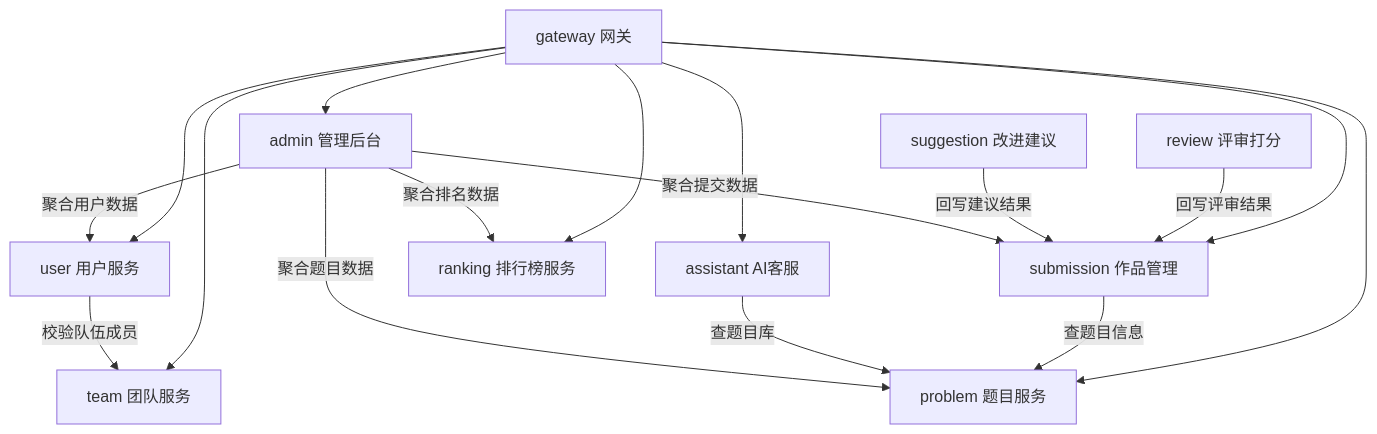
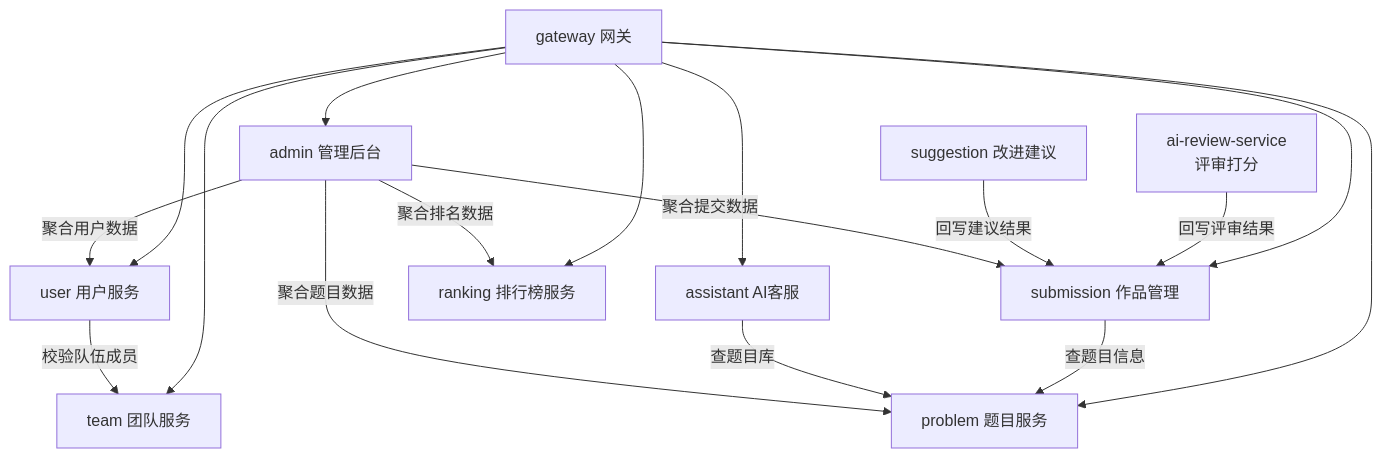
The first of 4 diagrams in docs/project/02-架构设计/微服务架构.md (Dorian7Alden/LeetModel), drawn with Mermaid before and after one commit. The commit also changed other lines of this file and 28 other files, not shown here.

````diff
--- a/docs/project/02-架构设计/微服务架构.md
+++ b/docs/project/02-架构设计/微服务架构.md
@@ -93,31 +93,31 @@
 ```mermaid
 graph TD
     GW[gateway 网关]
     USER[user 用户服务]
     TEAM[team 团队服务]
     PROBLEM[problem 题目服务]
     ASSISTANT[assistant AI客服]
     SUBMISSION[submission 作品管理]
-    REVIEW[review 评审打分]
+    REVIEW[ai-review-service<br/>评审打分]
     SUGGESTION[suggestion 改进建议]
     RANKING[ranking 排行榜服务]
     ADMIN[admin 管理后台]
 
     GW --> USER
     GW --> TEAM
     GW --> PROBLEM
     GW --> ASSISTANT
     GW --> SUBMISSION
     GW --> RANKING
     GW --> ADMIN
 
     USER -->|校验队伍成员| TEAM
     SUBMISSION -->|查题目信息| PROBLEM
     ASSISTANT -->|查题目库| PROBLEM
     REVIEW -->|回写评审结果| SUBMISSION
     SUGGESTION -->|回写建议结果| SUBMISSION
     ADMIN -->|聚合用户数据| USER
     ADMIN -->|聚合题目数据| PROBLEM
     ADMIN -->|聚合提交数据| SUBMISSION
     ADMIN -->|聚合排名数据| RANKING
 ```
````
